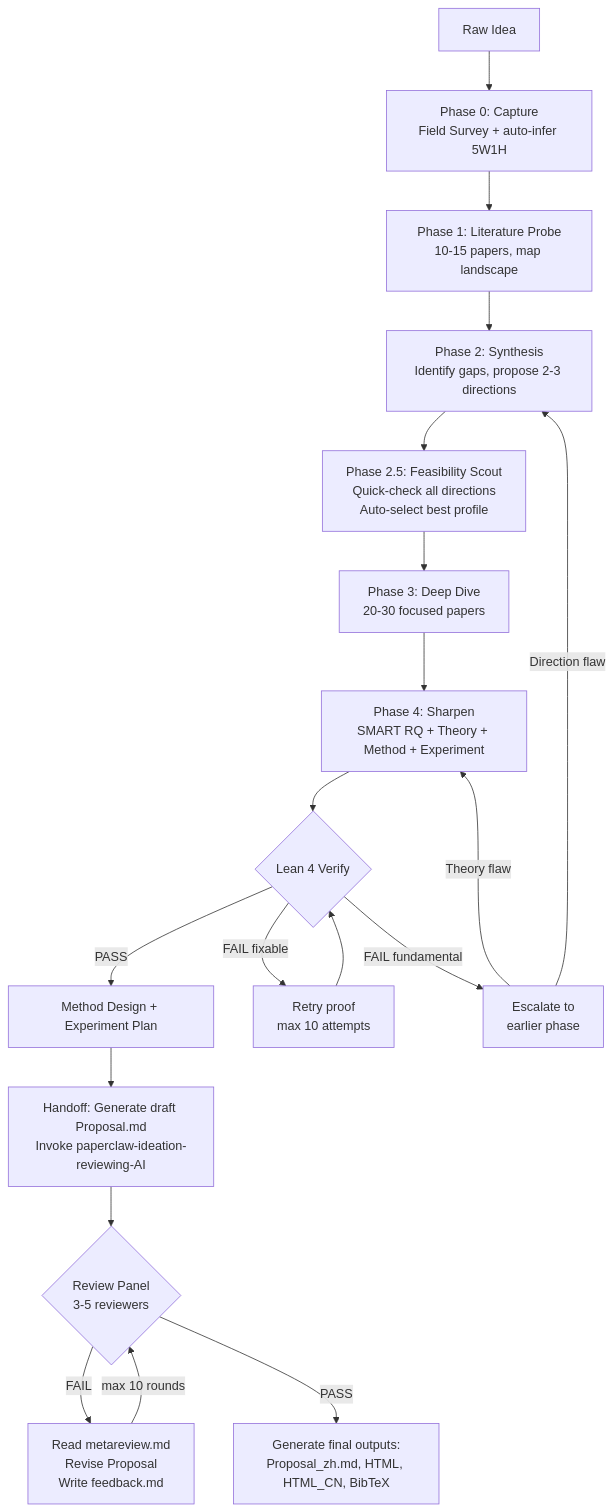
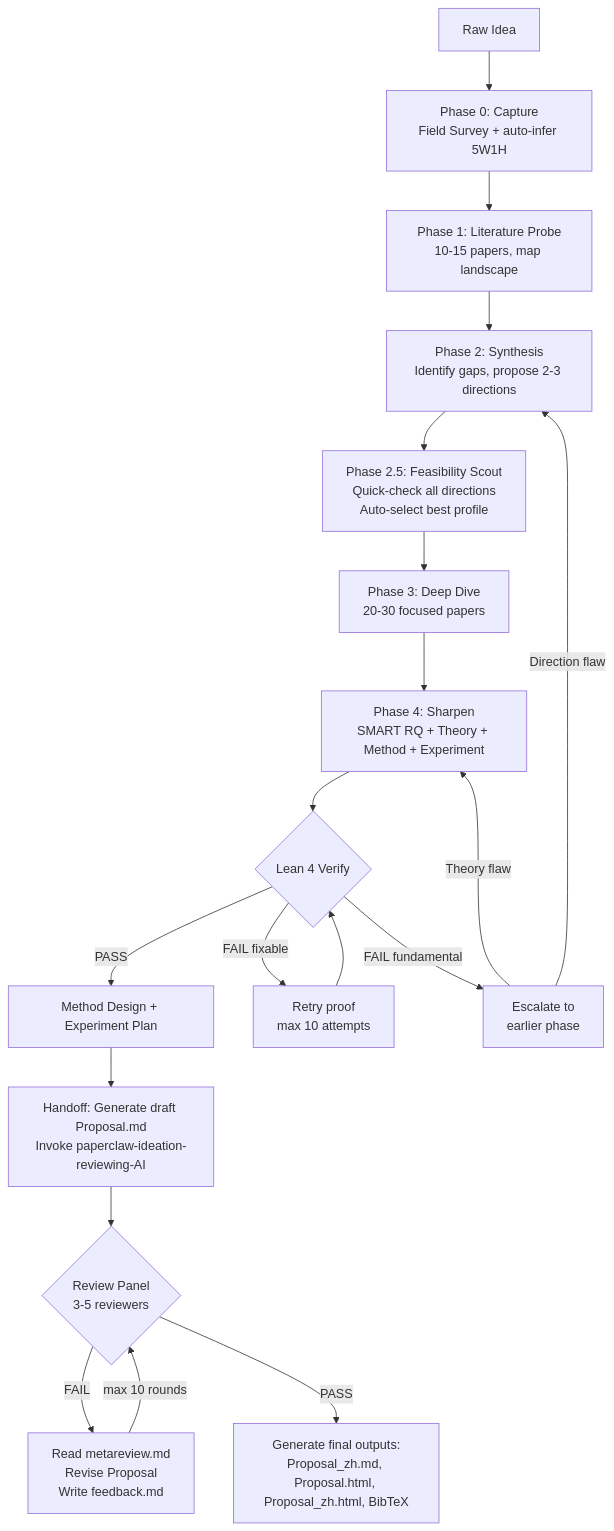
One commit to Paper-Claw/PaperClaw changed the diagram in .claude/skills/paperclaw-ideation-AI/SKILL.md. Above: the diagram before and after it, drawn with Mermaid. The commit also changed other lines of this file and 8 other files, not shown here.

````diff
--- a/.claude/skills/paperclaw-ideation-AI/SKILL.md
+++ b/.claude/skills/paperclaw-ideation-AI/SKILL.md
@@ -55,21 +55,21 @@
 ```mermaid
 flowchart TD
     RAW[Raw Idea] --> P0[Phase 0: Capture\nField Survey + auto-infer 5W1H]
     P0 --> P1[Phase 1: Literature Probe\n10-15 papers, map landscape]
     P1 --> P2[Phase 2: Synthesis\nIdentify gaps, propose 2-3 directions]
     P2 --> P25[Phase 2.5: Feasibility Scout\nQuick-check all directions\nAuto-select best profile]
     P25 --> P3[Phase 3: Deep Dive\n20-30 focused papers]
     P3 --> P4[Phase 4: Sharpen\nSMART RQ + Theory + Method + Experiment]
     P4 --> LEAN{Lean 4 Verify}
     LEAN -->|PASS| METHOD[Method Design + Experiment Plan]
     LEAN -->|FAIL fixable| RETRY[Retry proof\nmax 10 attempts]
     RETRY --> LEAN
     LEAN -->|FAIL fundamental| ESCALATE[Escalate to\nearlier phase]
     ESCALATE -->|Theory flaw| P4
     ESCALATE -->|Direction flaw| P2
     METHOD --> HANDOFF[Handoff: Generate draft Proposal.md\nInvoke paperclaw-ideation-reviewing-AI]
     HANDOFF --> REVIEW{Review Panel\n3-5 reviewers}
     REVIEW -->|FAIL| REVISE[Read metareview.md\nRevise Proposal\nWrite feedback.md]
     REVISE -->|max 10 rounds| REVIEW
-    REVIEW -->|PASS| FINAL[Generate final outputs:\nProposal_zh.md, HTML, HTML_CN, BibTeX]
+    REVIEW -->|PASS| FINAL[Generate final outputs:\nProposal_zh.md, Proposal.html, Proposal_zh.html, BibTeX]
 ```
````
